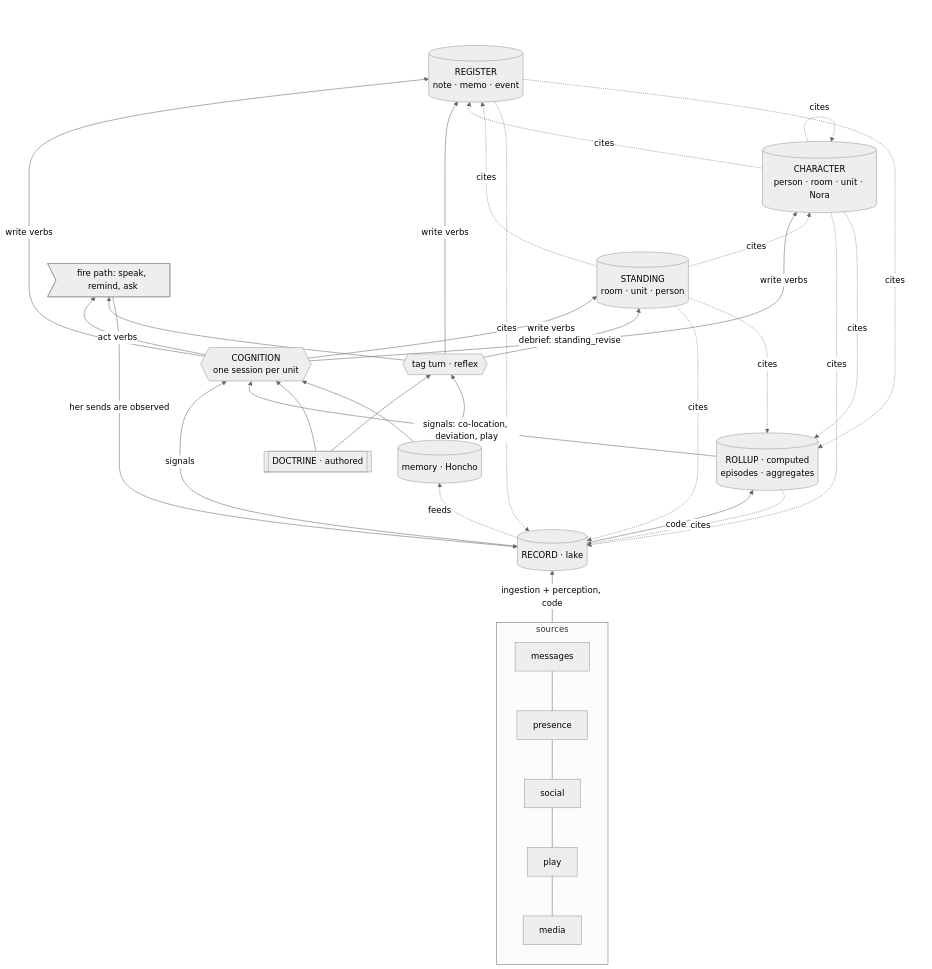
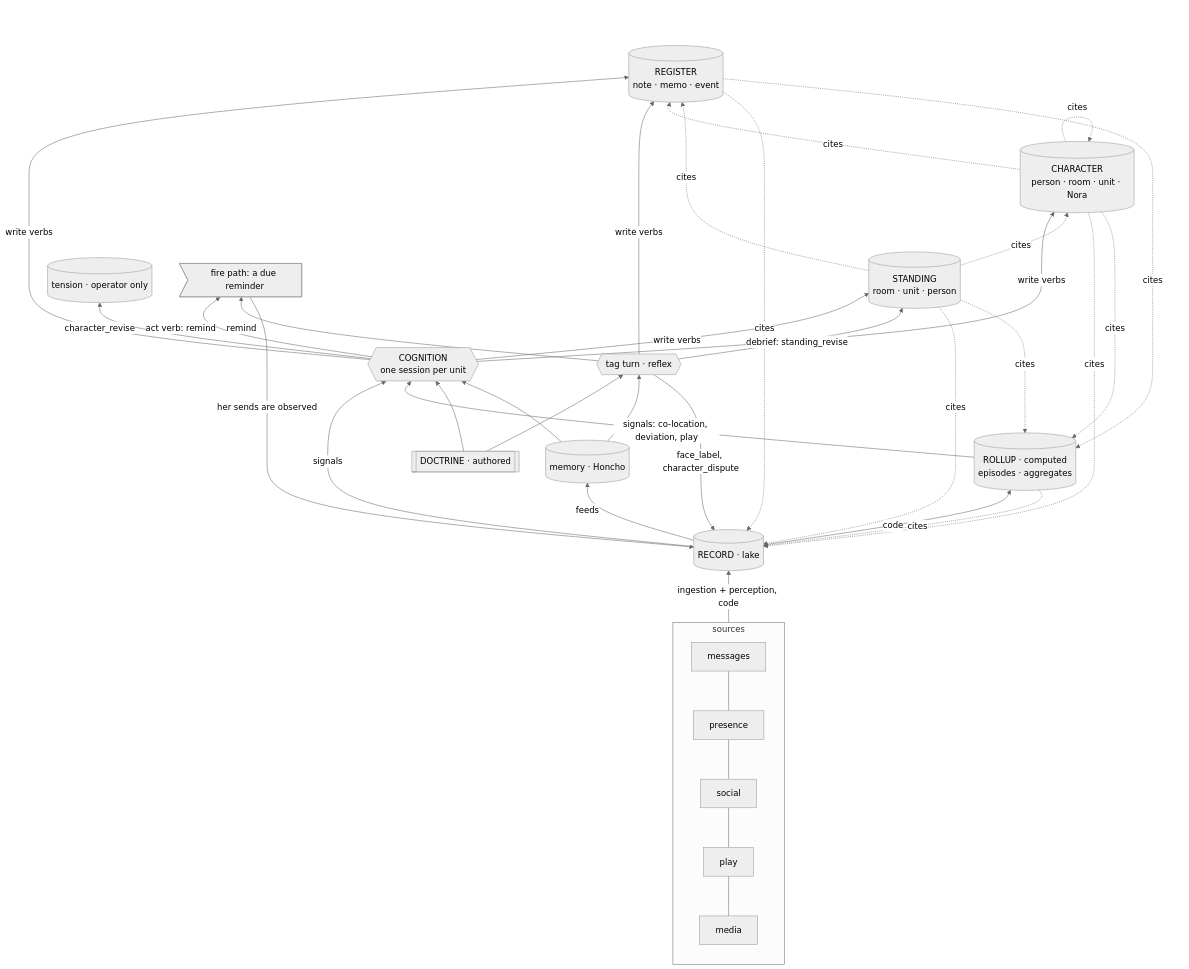
Before and after one commit to mikeng-io/nora: the diagram in design/cognition-loop/15-map.md, drawn with Mermaid (neutral theme). The commit also changed other lines of this file and 13 other files, not shown here.

First line of the commit message:
design(cognition): revise the bundle after four audits and the operator's D1-D5

````diff
--- a/design/cognition-loop/15-map.md
+++ b/design/cognition-loop/15-map.md
@@ -87,34 +86,37 @@
 ```mermaid
 flowchart BT
   subgraph SRC[sources]
     MSG[messages] --- PRES[presence] --- SOC[social] --- PLAY[play] --- MED[media]
   end
   REC[(RECORD · lake)]
   ROL[(ROLLUP · computed<br/>episodes · aggregates)]
   REG[(REGISTER<br/>note · memo · event)]
   CHR[(CHARACTER<br/>person · room · unit · Nora)]
   STD[(STANDING<br/>room · unit · person)]
   MEM[(memory · Honcho)]
+  TEN[(tension · operator only)]
   DOC[[DOCTRINE · authored]]
   COG{{COGNITION<br/>one session per unit}}
   TAG{{tag turn · reflex}}
-  FIRE>fire path: speak, remind, ask]
+  FIRE>fire path: a due reminder]
 
   SRC -->|ingestion + perception, code| REC
   REC -->|code| ROL
   REC -->|signals| COG
   ROL -->|signals: co-location, deviation, play| COG
-  REC -.feeds.-> MEM
+  REC -->|feeds| MEM
   COG -->|write verbs| REG & CHR & STD
-  COG -->|act verbs| FIRE
+  COG -->|character_revise| TEN
+  COG -->|act verb: remind| FIRE
   TAG -->|write verbs| REG
   TAG -->|debrief: standing_revise| STD
-  TAG --> FIRE
+  TAG -->|face_label, character_dispute| REC
+  TAG -->|remind| FIRE
   FIRE -->|her sends are observed| REC
   ROL -. cites .-> REC
   REG -. cites .-> REC & ROL
   CHR -. cites .-> REC & ROL & REG & CHR
   STD -. cites .-> REC & ROL & REG & CHR
   DOC --> COG & TAG
   MEM --> COG & TAG
 ```
````
